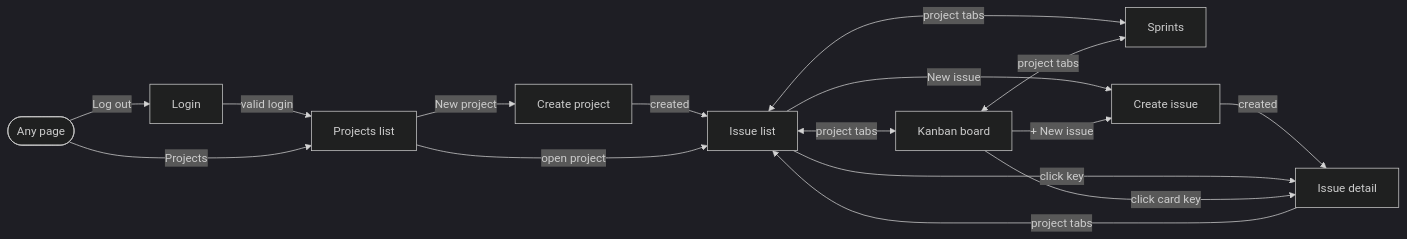
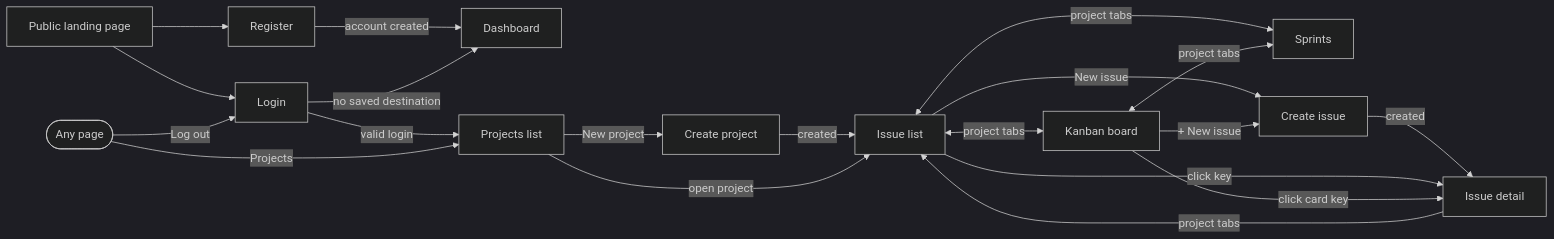
The diagram in docs/ui/design.md (rueloParente/matriz), drawn with Mermaid (dark theme) before and after one commit. The commit also changed other lines of this file and 11 other files, not shown here.

Commit message:
Add public landing page while preserving the signed-in dashboard

````diff
--- a/docs/ui/design.md
+++ b/docs/ui/design.md
@@ -35,18 +38,22 @@
 ```mermaid
 flowchart LR
+    landing[Public landing page] --> login
+    landing --> register[Register]
+    register -->|account created| dashboard[Dashboard]
+    login -->|no saved destination| dashboard
     login[Login] -->|valid login| projects[Projects list]
     projects -->|New project| newProject[Create project]
     newProject -->|created| issues
     projects -->|open project| issues[Issue list]
     issues <-->|project tabs| board[Kanban board]
     issues <-->|project tabs| sprints[Sprints]
     board <-->|project tabs| sprints
     issues -->|New issue| newIssue[Create issue]
     board -->|+ New issue| newIssue
     newIssue -->|created| detail[Issue detail]
     issues -->|click key| detail
     board -->|click card key| detail
     detail -->|project tabs| issues
     any([Any page]) -->|Projects| projects
     any -->|Log out| login
 ```
````
